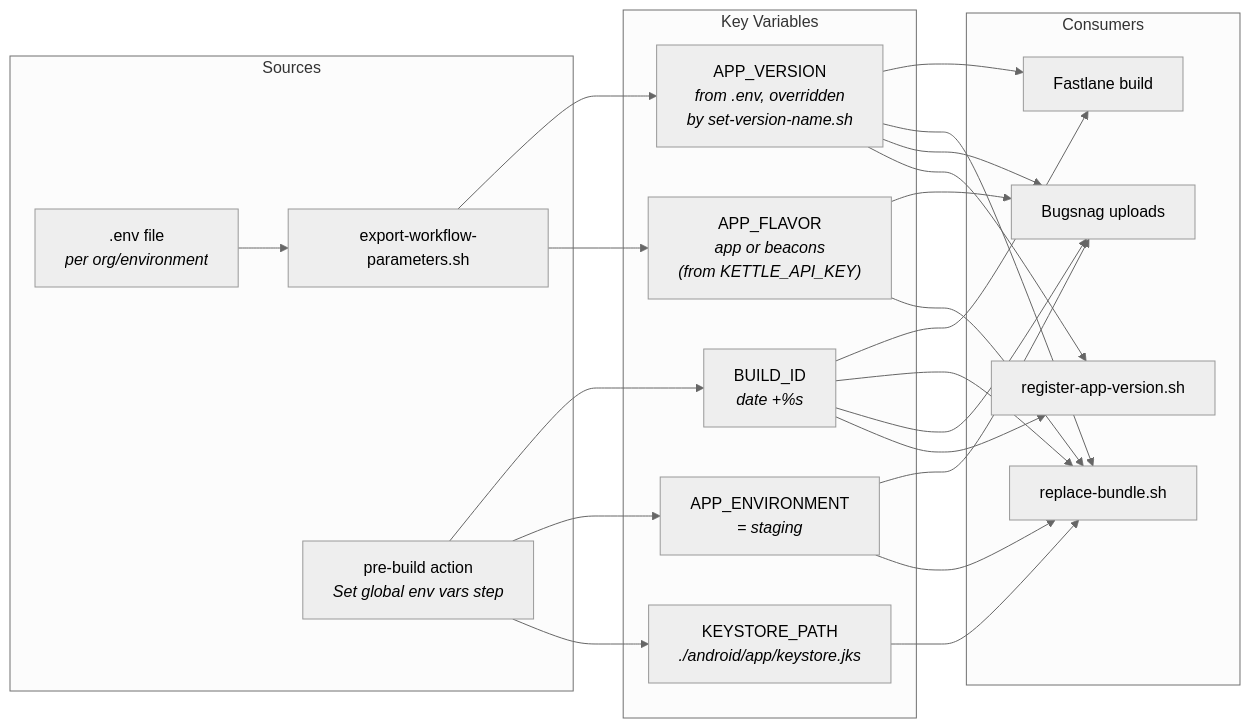
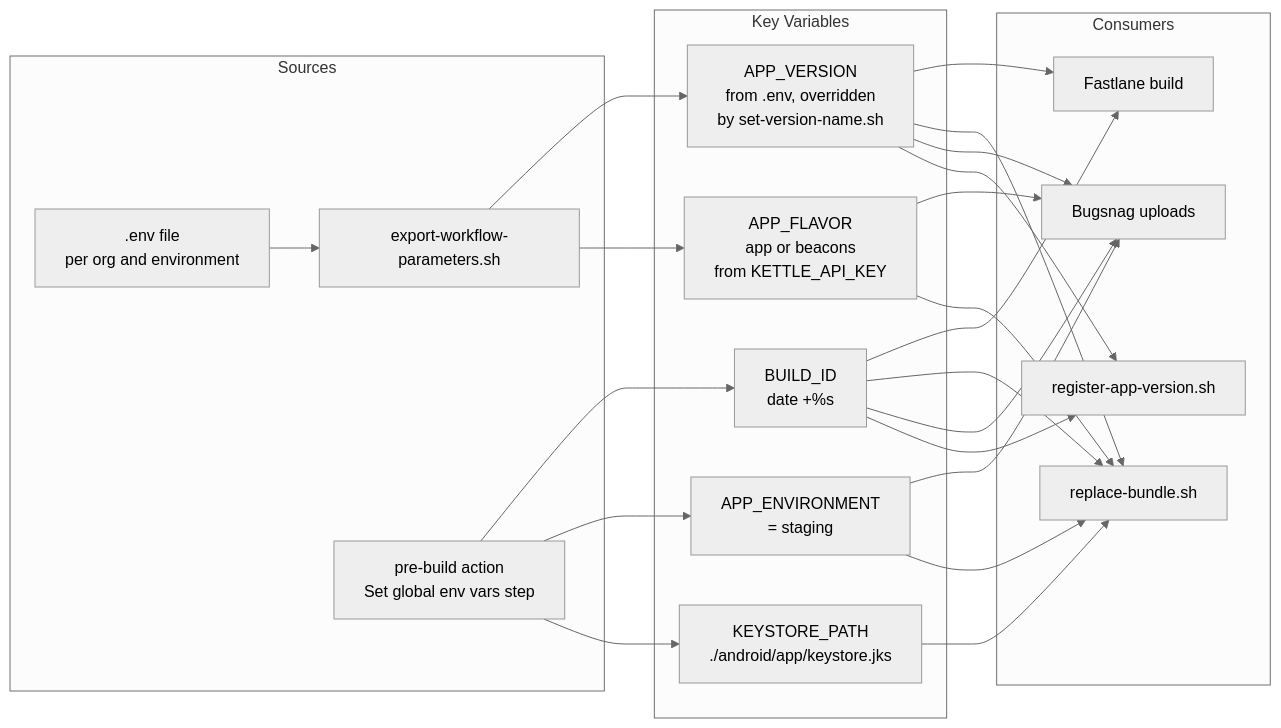
One commit to AtB-AS/mittatb-app changed the sixth of 6 diagrams in docs/android-build-staging-graph.md. Above: the diagram before and after it, drawn with Mermaid (neutral theme). The commit also changed other lines of this file, not shown here.

Commit message:
update docs android

````diff
--- a/docs/android-build-staging-graph.md
+++ b/docs/android-build-staging-graph.md
@@ -247,29 +318,38 @@
 ```mermaid
 flowchart LR
     subgraph sources ["Sources"]
-        env_file[".env file<br/><i>per org/environment</i>"]
+        env_file[".env file
+        per org and environment"]
         scripts["export-workflow-parameters.sh"]
-        pre_build_action["pre-build action<br/><i>Set global env vars step</i>"]
+        pre_build_action["pre-build action
+        Set global env vars step"]
     end
 
     subgraph vars ["Key Variables"]
-        BUILD_ID["BUILD_ID<br/><i>date +%s</i>"]
-        APP_ENVIRONMENT["APP_ENVIRONMENT<br/><i>= staging</i>"]
-        APP_VERSION["APP_VERSION<br/><i>from .env, overridden<br/>by set-version-name.sh</i>"]
-        APP_FLAVOR["APP_FLAVOR<br/><i>app or beacons<br/>(from KETTLE_API_KEY)</i>"]
-        KEYSTORE_PATH["KEYSTORE_PATH<br/><i>./android/app/keystore.jks</i>"]
+        BUILD_ID["BUILD_ID
+        date +%s"]
+        APP_ENVIRONMENT["APP_ENVIRONMENT
+        = staging"]
+        APP_VERSION["APP_VERSION
+        from .env, overridden
+        by set-version-name.sh"]
+        APP_FLAVOR["APP_FLAVOR
+        app or beacons
+        from KETTLE_API_KEY"]
+        KEYSTORE_PATH["KEYSTORE_PATH
+        ./android/app/keystore.jks"]
     end
 
     subgraph consumers ["Consumers"]
         fastlane["Fastlane build"]
         replace["replace-bundle.sh"]
         bugsnag["Bugsnag uploads"]
         register["register-app-version.sh"]
     end
 
     pre_build_action --> BUILD_ID & APP_ENVIRONMENT & KEYSTORE_PATH
     env_file --> scripts --> APP_VERSION & APP_FLAVOR
     BUILD_ID & APP_VERSION --> fastlane & replace & bugsnag & register
     APP_FLAVOR & APP_ENVIRONMENT --> bugsnag & replace
     KEYSTORE_PATH --> replace
 ```
````
